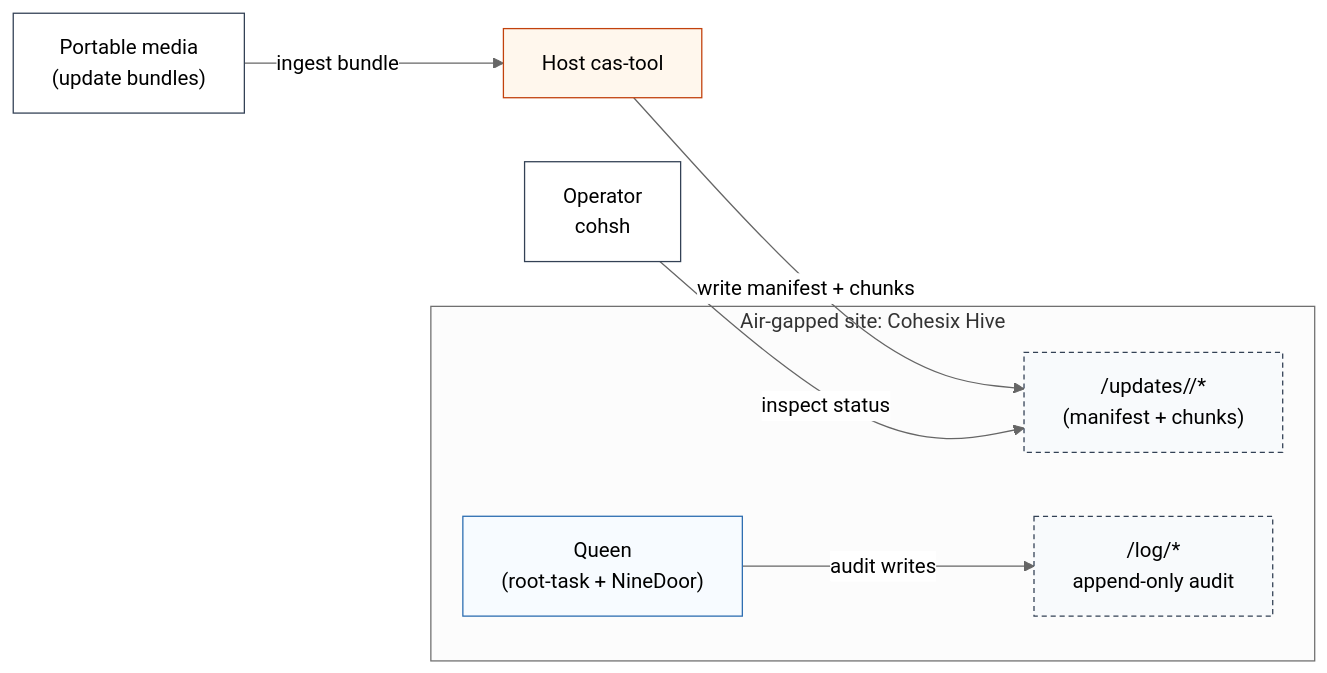
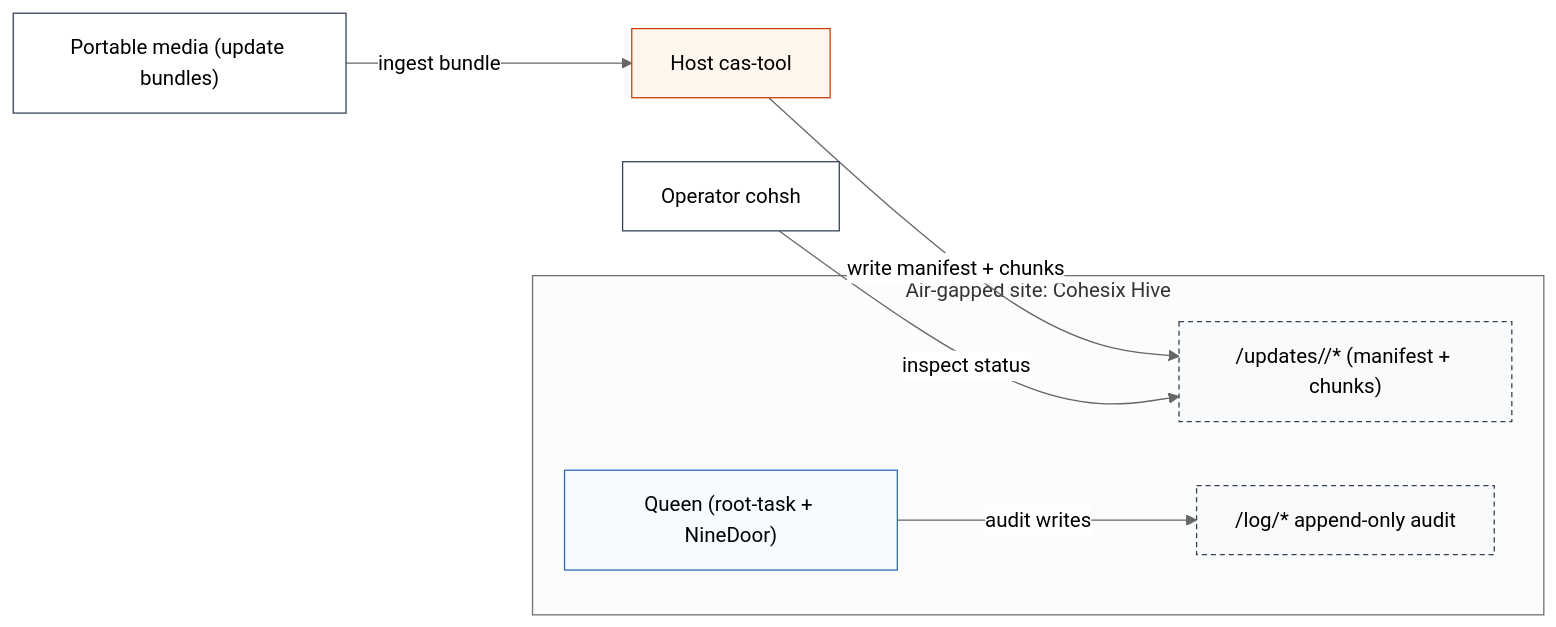
One commit to lukeb-aidev/cohesix changed the third of 5 diagrams in docs/USE_CASES.md. Above: the diagram before and after it, drawn with Mermaid (neutral theme). The commit also changed other lines of this file and 100 other files, not shown here.

````diff
--- a/docs/USE_CASES.md
+++ b/docs/USE_CASES.md
@@ -387,21 +387,21 @@
 ```mermaid
 flowchart LR
-  USB["Portable media<br/>(update bundles)"]:::ext
+  USB["Portable media (update bundles)"]:::ext
   subgraph HIVE["Air-gapped site: Cohesix Hive"]
-    Q["Queen<br/>(root-task + NineDoor)"]:::queen
-    UPD["/updates/<epoch>/*<br/>(manifest + chunks)"]:::path
-    LOG["/log/*<br/>append-only audit"]:::path
+    Q["Queen (root-task + NineDoor)"]:::queen
+    UPD["/updates/<epoch>/* (manifest + chunks)"]:::path
+    LOG["/log/* append-only audit"]:::path
   end
-  OPS["Operator<br/>cohsh"]:::ext
+  OPS["Operator cohsh"]:::ext
   HOST["Host cas-tool"]:::sidecar
 
   USB -->|"ingest bundle"| HOST
   HOST -->|"write manifest + chunks"| UPD
   OPS -->|"inspect status"| UPD
   Q -->|"audit writes"| LOG
 
   classDef queen fill:#f7fbff,stroke:#2b6cb0,stroke-width:1px;
   classDef path fill:#f8fafc,stroke:#334155,stroke-dasharray: 4 3;
   classDef ext fill:#ffffff,stroke:#334155,stroke-width:1px;
   classDef sidecar fill:#fff7ed,stroke:#c2410c,stroke-width:1px;
 ```
````
